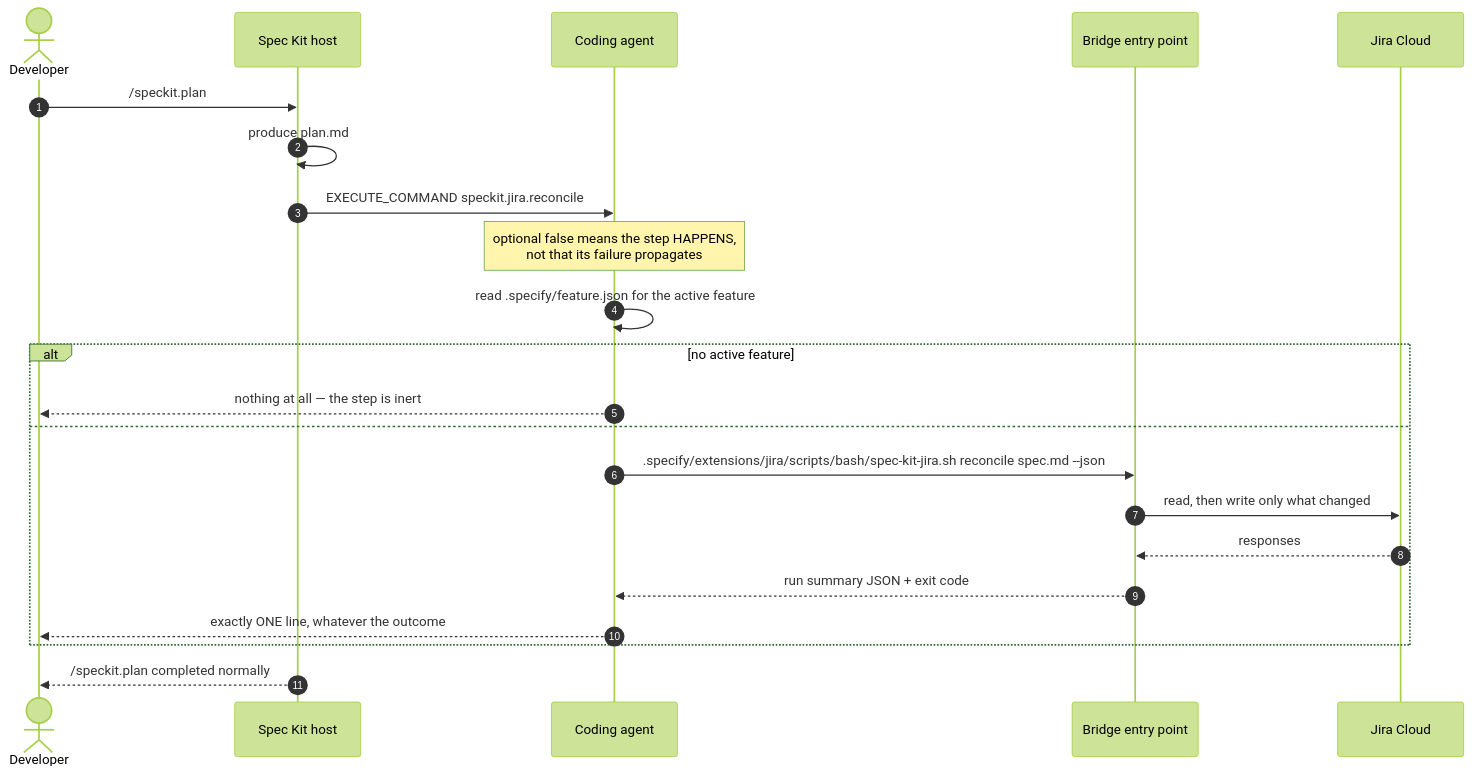
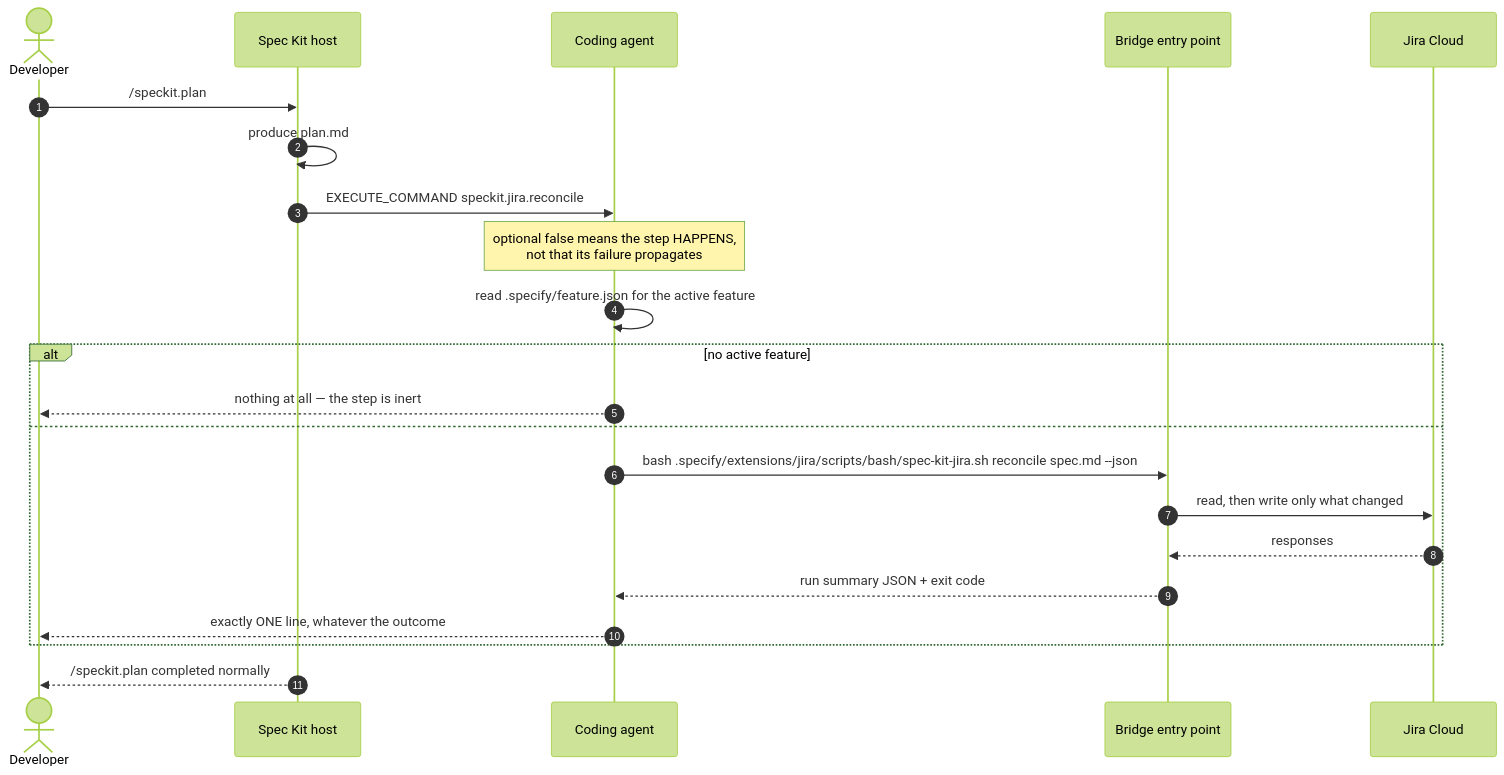
The third of 5 diagrams in docs/03-lifecycle-hooks.md (Fyloss/spec-kit-jira), drawn with Mermaid (forest theme) before and after one commit. The commit also changed 38 other files, not shown here.

First line of the commit message:
fix: run the Bash bridge through its interpreter, not its executable bit

````diff
--- a/docs/03-lifecycle-hooks.md
+++ b/docs/03-lifecycle-hooks.md
@@ -73,26 +73,26 @@
 ```mermaid
 sequenceDiagram
     autonumber
     actor Dev as Developer
     participant Host as Spec Kit host
     participant Agent as Coding agent
     participant Bridge as Bridge entry point
     participant Jira as Jira Cloud
 
     Dev->>Host: /speckit.plan
     Host->>Host: produce plan.md
     Host->>Agent: EXECUTE_COMMAND speckit.jira.reconcile
     Note over Agent: optional false means the step HAPPENS,<br/>not that its failure propagates
 
     Agent->>Agent: read .specify/feature.json for the active feature
     alt no active feature
         Agent-->>Dev: nothing at all — the step is inert
     else
-        Agent->>Bridge: .specify/extensions/jira/scripts/bash/spec-kit-jira.sh reconcile spec.md --json
+        Agent->>Bridge: bash .specify/extensions/jira/scripts/bash/spec-kit-jira.sh reconcile spec.md --json
         Bridge->>Jira: read, then write only what changed
         Jira-->>Bridge: responses
         Bridge-->>Agent: run summary JSON + exit code
         Agent-->>Dev: exactly ONE line, whatever the outcome
     end
     Host-->>Dev: /speckit.plan completed normally
 ```
````
